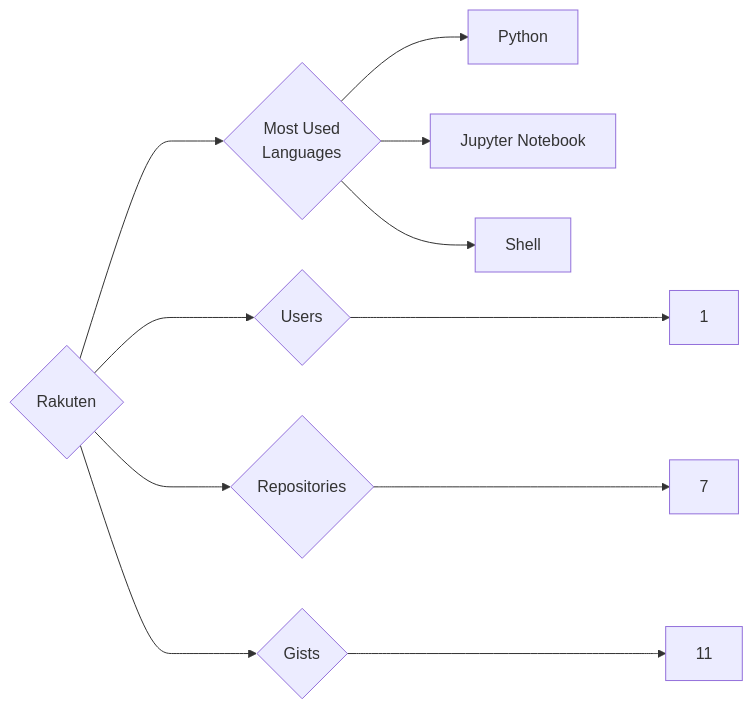
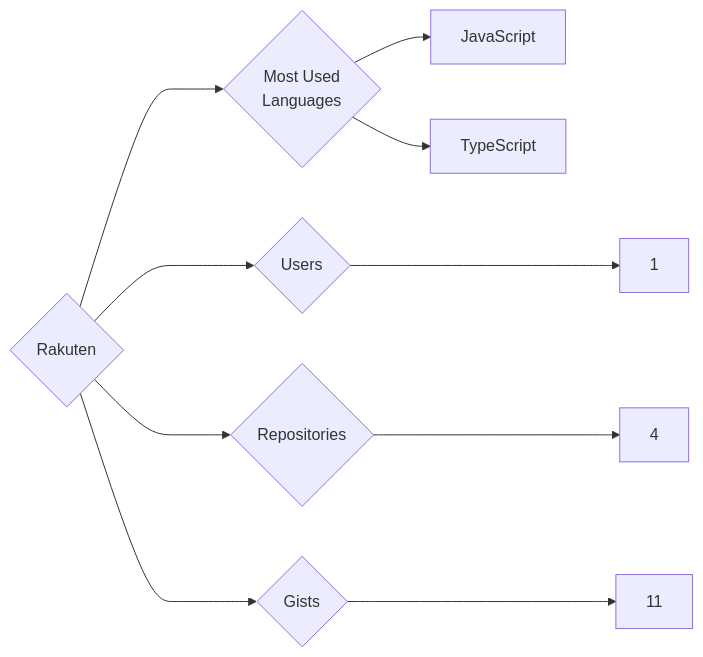
One commit to trickest/insiders changed the diagram in targets/Rakuten/README.md. Above: the diagram before and after it, drawn with Mermaid. The commit also changed 948 other files, not shown here.

````diff
--- a/targets/Rakuten/README.md
+++ b/targets/Rakuten/README.md
@@ -3,11 +3,10 @@
 ```mermaid
 graph LR
 COMPANY_NAME{Rakuten}
 COMPANY_NAME ---> U{Users} ---> UN[1]
-COMPANY_NAME ---> R{Repositories} ---> RN[7]
+COMPANY_NAME ---> R{Repositories} ---> RN[4]
 COMPANY_NAME ---> G{Gists} ---> GN[11]
 COMPANY_NAME ---> ML{Most Used<br>Languages}
-ML --> Python[Python]
-ML --> Jupyter_Notebook[Jupyter Notebook]
-ML --> Shell[Shell]
+ML --> JavaScript[JavaScript]
+ML --> TypeScript[TypeScript]
 ```
````
